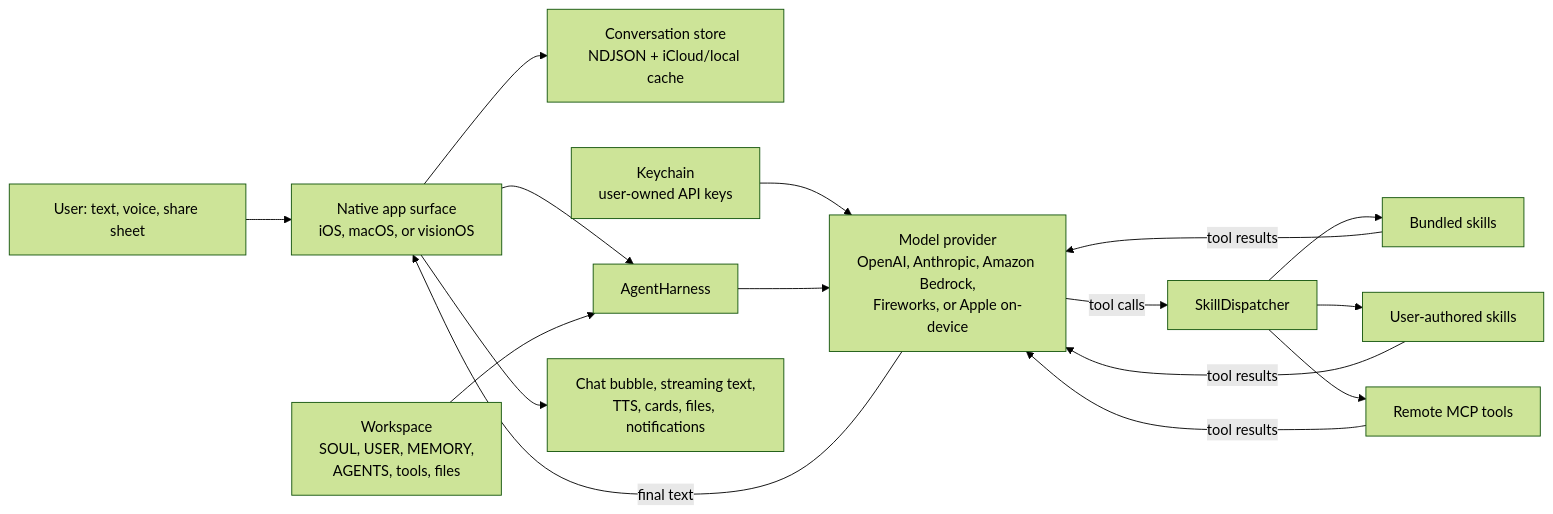
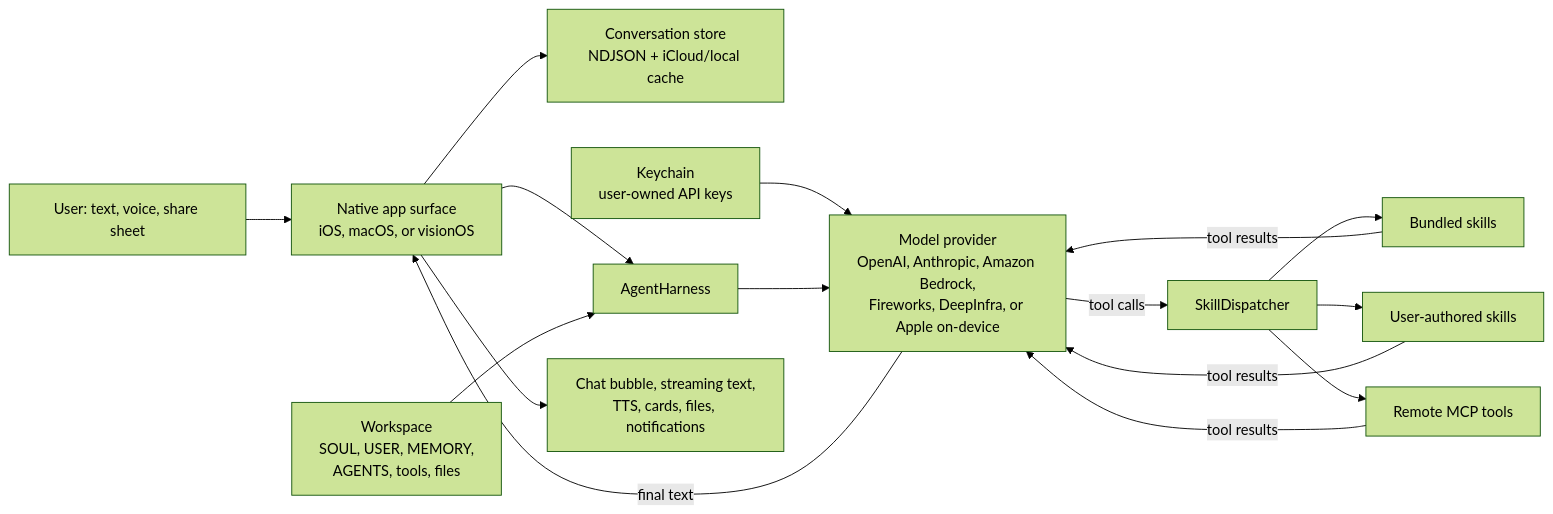
Before and after one commit to getathelas/LoopHarness: the first of 3 diagrams in docs/HOW_IT_WORKS.md, drawn with Mermaid (forest theme). The commit also changed other lines of this file and 17 other files, not shown here.

Commit message:
Add DeepInfra provider and DeepSeek model

````diff
--- a/docs/HOW_IT_WORKS.md
+++ b/docs/HOW_IT_WORKS.md
@@ -15,21 +15,21 @@
 ```mermaid
 flowchart LR
     User["User: text, voice, share sheet"] --> Surface["Native app surface<br/>iOS, macOS, or visionOS"]
     Surface --> Store["Conversation store<br/>NDJSON + iCloud/local cache"]
     Surface --> Harness["AgentHarness"]
 
     Workspace["Workspace<br/>SOUL, USER, MEMORY,<br/>AGENTS, tools, files"] --> Harness
     Keys["Keychain<br/>user-owned API keys"] --> Providers
-    Harness --> Providers["Model provider<br/>OpenAI, Anthropic, Amazon Bedrock,<br/>Fireworks, or Apple on-device"]
+    Harness --> Providers["Model provider<br/>OpenAI, Anthropic, Amazon Bedrock,<br/>Fireworks, DeepInfra, or Apple on-device"]
 
     Providers -->|"final text"| Surface
     Providers -->|"tool calls"| Dispatcher["SkillDispatcher"]
     Dispatcher --> Skills["Bundled skills"]
     Dispatcher --> Dynamic["User-authored skills"]
     Dispatcher --> MCP["Remote MCP tools"]
     Skills -->|"tool results"| Providers
     Dynamic -->|"tool results"| Providers
     MCP -->|"tool results"| Providers
 
     Surface --> Output["Chat bubble, streaming text,<br/>TTS, cards, files, notifications"]
 ```
````
